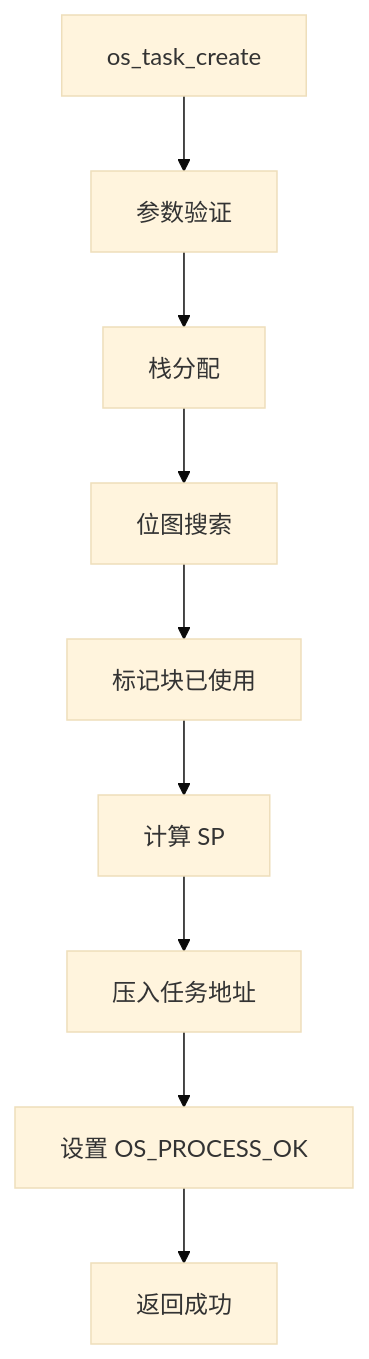
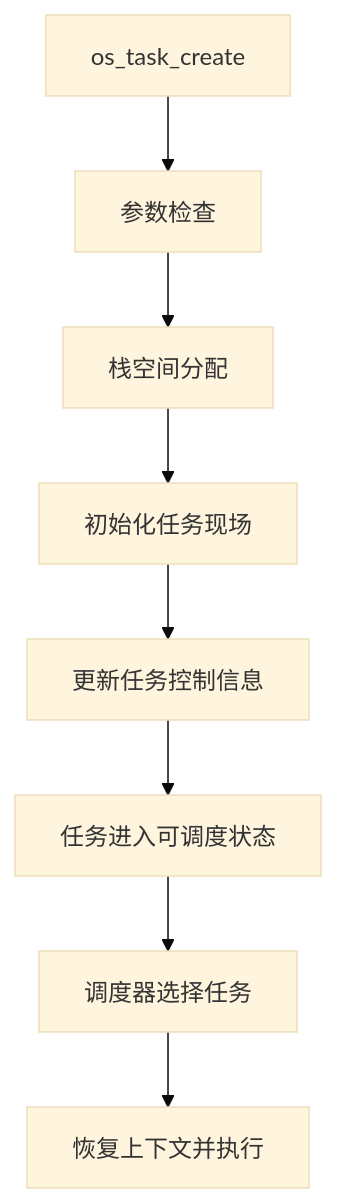
One commit to HRTOS/hrtos.github.io changed the second of 3 diagrams in docs/guide/04_task_management.md. Above: the diagram before and after it, drawn with Mermaid (base theme). The commit also changed other lines of this file and 35 other files, not shown here.

````diff
--- a/docs/guide/04_task_management.md
+++ b/docs/guide/04_task_management.md
@@ -274,11 +317,10 @@
 ```mermaid
-graph TD
-    A[os_task_create] --> B[参数验证]
-    B --> C[栈分配]
-    C --> D[位图搜索]
-    D --> E[标记块已使用]
-    E --> F[计算 SP]
-    F --> G[压入任务地址]
-    G --> H[设置 OS_PROCESS_OK]
-    H --> I[返回成功]
+flowchart TD
+    A[os_task_create] --> B[参数检查]
+    B --> C[栈空间分配]
+    C --> D[初始化任务现场]
+    D --> E[更新任务控制信息]
+    E --> F[任务进入可调度状态]
+    F --> G[调度器选择任务]
+    G --> H[恢复上下文并执行]
 ```
````
